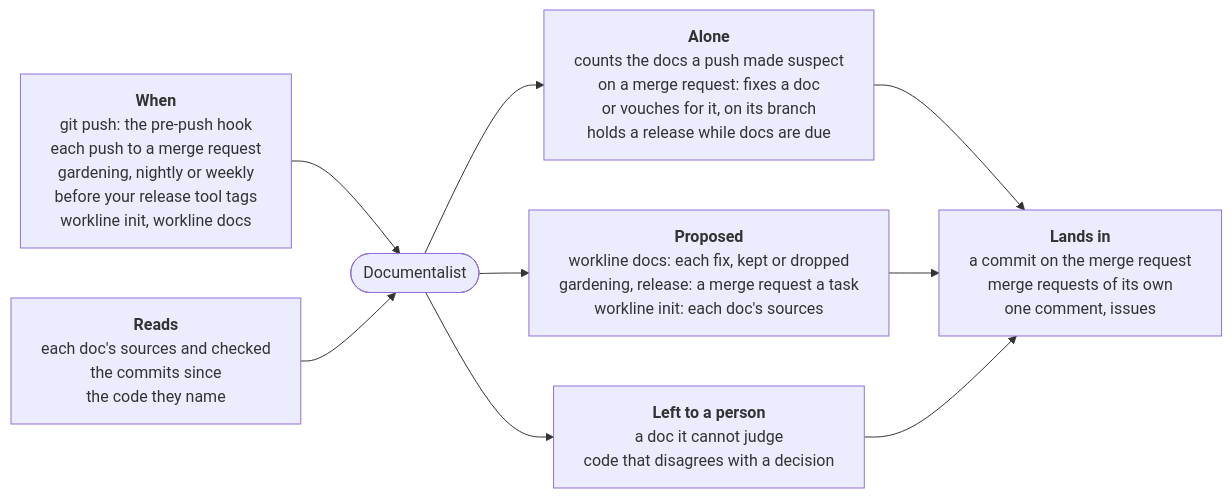
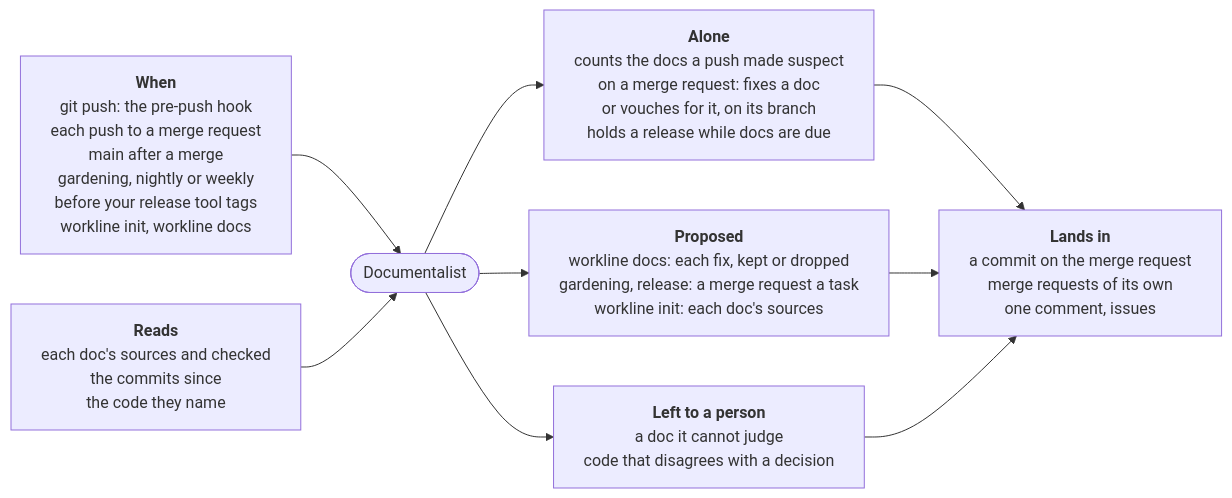
One commit to JN0V/workline changed the diagram in roles/documentalist/README.md. Above: the diagram before and after it, drawn with Mermaid. The commit also changed other lines of this file and 56 other files, not shown here.

Commit message:
docs: say what main's run after a merge checks, keeps and lists

````diff
--- a/roles/documentalist/README.md
+++ b/roles/documentalist/README.md
@@ -9,16 +9,16 @@
 ```mermaid
 %%{init: {"flowchart": {"wrappingWidth": 400}}}%%
 flowchart LR
-  when["<b>When</b><br/>git push: the pre-push hook<br/>each push to a merge request<br/>gardening, nightly or weekly<br/>before your release tool tags<br/>workline init, workline docs"]
+  when["<b>When</b><br/>git push: the pre-push hook<br/>each push to a merge request<br/>main after a merge<br/>gardening, nightly or weekly<br/>before your release tool tags<br/>workline init, workline docs"]
   reads["<b>Reads</b><br/>each doc's sources and checked<br/>the commits since<br/>the code they name"]
   role(["Documentalist"])
   alone["<b>Alone</b><br/>counts the docs a push made suspect<br/>on a merge request: fixes a doc<br/>or vouches for it, on its branch<br/>holds a release while docs are due"]
   proposed["<b>Proposed</b><br/>workline docs: each fix, kept or dropped<br/>gardening, release: a merge request a task<br/>workline init: each doc's sources"]
   person["<b>Left to a person</b><br/>a doc it cannot judge<br/>code that disagrees with a decision"]
   out["<b>Lands in</b><br/>a commit on the merge request<br/>merge requests of its own<br/>one comment, issues"]
   when --> role
   reads --> role
   role --> alone --> out
   role --> proposed --> out
   role --> person --> out
 ```
````
